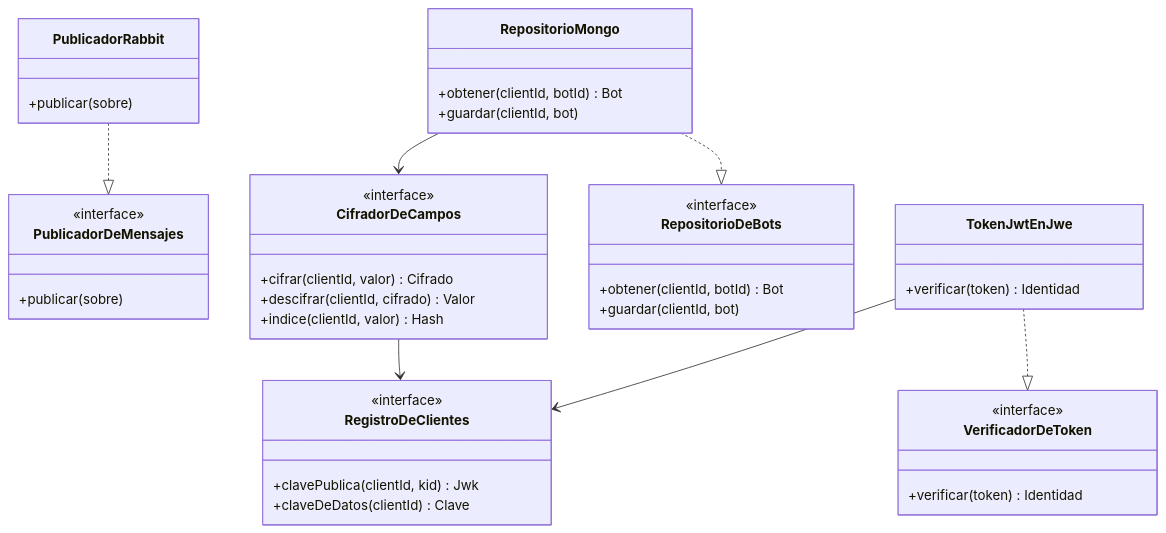
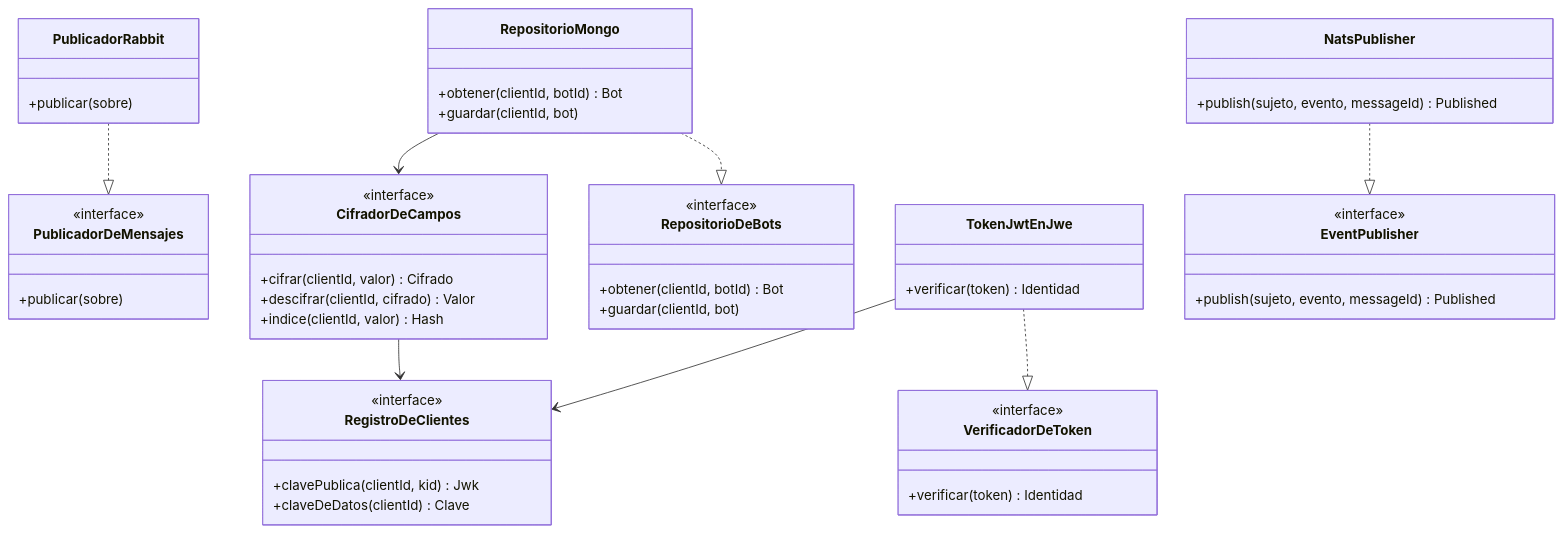
Before and after one commit to jeremialcala/wh-python-fastapi-messenger: the seventh of 10 diagrams in docs/02-design/architecture.md, drawn with Mermaid. The commit also changed other lines of this file and 7 other files, not shown here.

First line of the commit message:
docs: I2, the event bus guide and the publisher measured against Bifrost

````diff
--- a/docs/02-design/architecture.md
+++ b/docs/02-design/architecture.md
@@ -286,43 +286,51 @@
 ```mermaid
 classDiagram
     class VerificadorDeToken {
         <<interface>>
         +verificar(token) Identidad
     }
     class RegistroDeClientes {
         <<interface>>
         +clavePublica(clientId, kid) Jwk
         +claveDeDatos(clientId) Clave
     }
     class CifradorDeCampos {
         <<interface>>
         +cifrar(clientId, valor) Cifrado
         +descifrar(clientId, cifrado) Valor
         +indice(clientId, valor) Hash
     }
     class RepositorioDeBots {
         <<interface>>
         +obtener(clientId, botId) Bot
         +guardar(clientId, bot)
     }
     class PublicadorDeMensajes {
         <<interface>>
         +publicar(sobre)
     }
     class TokenJwtEnJwe {
         +verificar(token) Identidad
     }
     class RepositorioMongo {
         +obtener(clientId, botId) Bot
         +guardar(clientId, bot)
     }
     class PublicadorRabbit {
         +publicar(sobre)
     }
+    class EventPublisher {
+        <<interface>>
+        +publish(sujeto, evento, messageId) Published
+    }
+    class NatsPublisher {
+        +publish(sujeto, evento, messageId) Published
+    }
     TokenJwtEnJwe ..|> VerificadorDeToken
     TokenJwtEnJwe --> RegistroDeClientes
     RepositorioMongo ..|> RepositorioDeBots
     RepositorioMongo --> CifradorDeCampos
     CifradorDeCampos --> RegistroDeClientes
     PublicadorRabbit ..|> PublicadorDeMensajes
+    NatsPublisher ..|> EventPublisher
 ```
````
